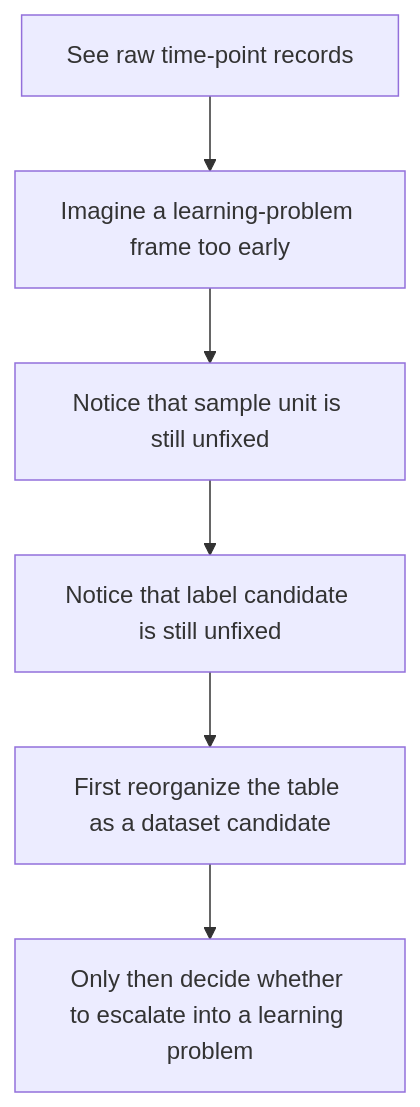
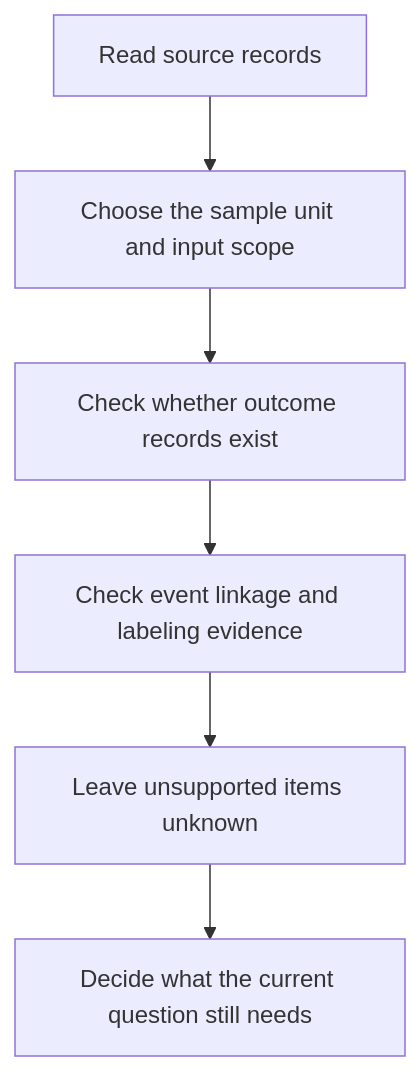
One commit to devchan64/AiBook changed the diagram in docs/assets/part-03/chapter-03/p3-3-1-mermaid-01-en.mmd. Above: the diagram before and after it, drawn with Mermaid. The commit also changed 22 other files, not shown here.

```diff
--- a/docs/assets/part-03/chapter-03/p3-3-1-mermaid-01-en.mmd
+++ b/docs/assets/part-03/chapter-03/p3-3-1-mermaid-01-en.mmd
@@ -1,6 +1,6 @@
 flowchart TD
-    A[See raw time-point records] --> B[Imagine a learning-problem frame too early]
-    B --> C[Notice that sample unit is still unfixed]
-    C --> D[Notice that label candidate is still unfixed]
-    D --> E[First reorganize the table as a dataset candidate]
-    E --> F[Only then decide whether to escalate into a learning problem]
+    A[Read source records] --> B[Choose the sample unit and input scope]
+    B --> C[Check whether outcome records exist]
+    C --> D[Check event linkage and labeling evidence]
+    D --> E[Leave unsupported items unknown]
+    E --> F[Decide what the current question still needs]
```
